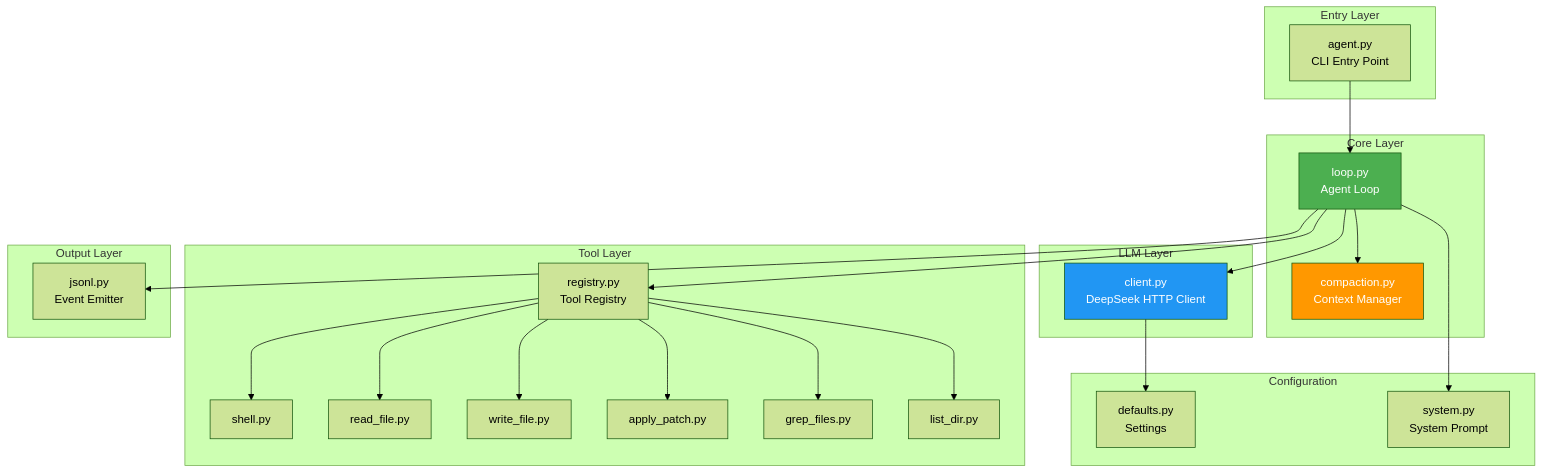
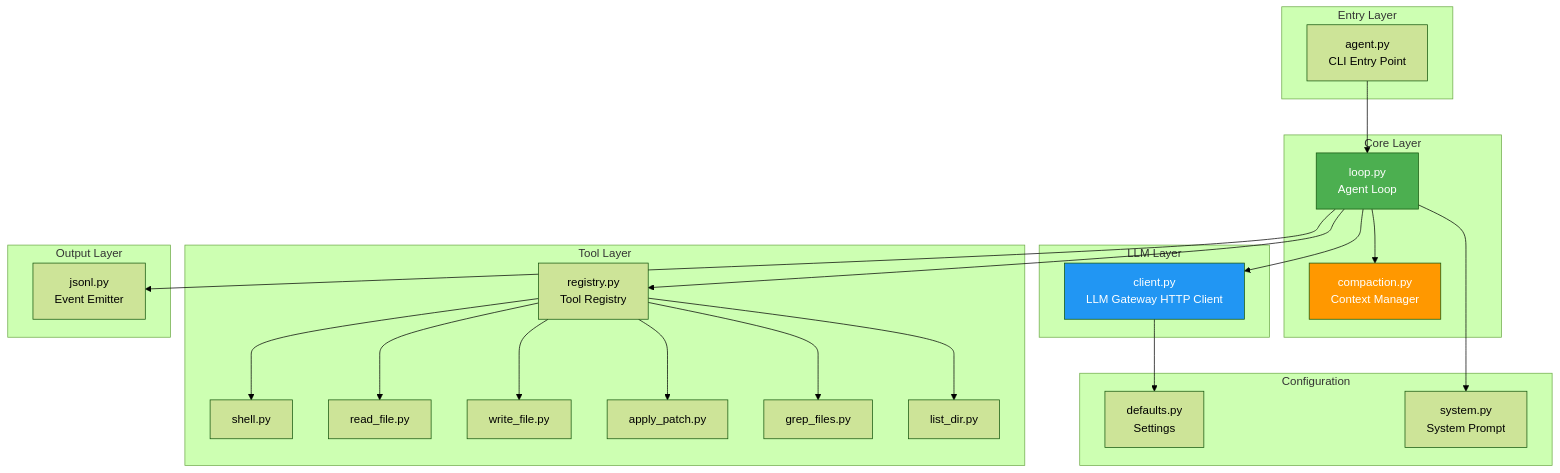
One commit to BaseIntelligence/baseagent changed the first of 8 diagrams in docs/architecture.md. Above: the diagram before and after it, drawn with Mermaid (forest theme). The commit also changed other lines of this file and 24 other files, not shown here.

First line of the commit message:
feat(llm): route agent through the platform LLM gateway (drop DeepSeek)

````diff
--- a/docs/architecture.md
+++ b/docs/architecture.md
@@ -9,47 +9,47 @@
 ```mermaid
 graph TB
     subgraph Entry["Entry Layer"]
         agent["agent.py<br/>CLI Entry Point"]
     end
     
     subgraph Core["Core Layer"]
         loop["loop.py<br/>Agent Loop"]
         compact["compaction.py<br/>Context Manager"]
     end
     
     subgraph LLM["LLM Layer"]
-        client["client.py<br/>DeepSeek HTTP Client"]
+        client["client.py<br/>LLM Gateway HTTP Client"]
     end
     
     subgraph Config["Configuration"]
         defaults["defaults.py<br/>Settings"]
         prompts["system.py<br/>System Prompt"]
     end
     
     subgraph Tools["Tool Layer"]
         registry["registry.py<br/>Tool Registry"]
         shell["shell.py"]
         read["read_file.py"]
         write["write_file.py"]
         patch["apply_patch.py"]
         grep["grep_files.py"]
         list["list_dir.py"]
     end
     
     subgraph Output["Output Layer"]
         jsonl["jsonl.py<br/>Event Emitter"]
     end
     
     agent --> loop
     loop --> compact
     loop --> client
     loop --> registry
     loop --> jsonl
     client --> defaults
     loop --> prompts
     registry --> shell & read & write & patch & grep & list
     
     style loop fill:#4CAF50,color:#fff
     style client fill:#2196F3,color:#fff
     style compact fill:#FF9800,color:#fff
 ```
````
